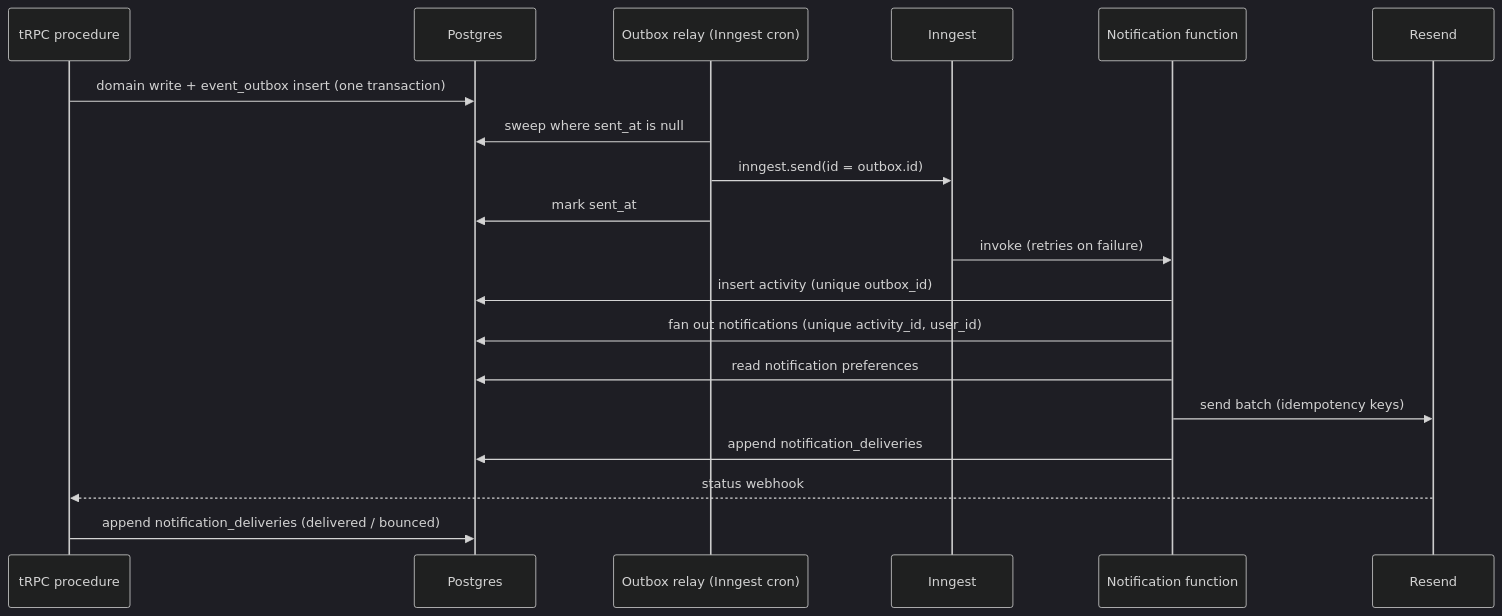
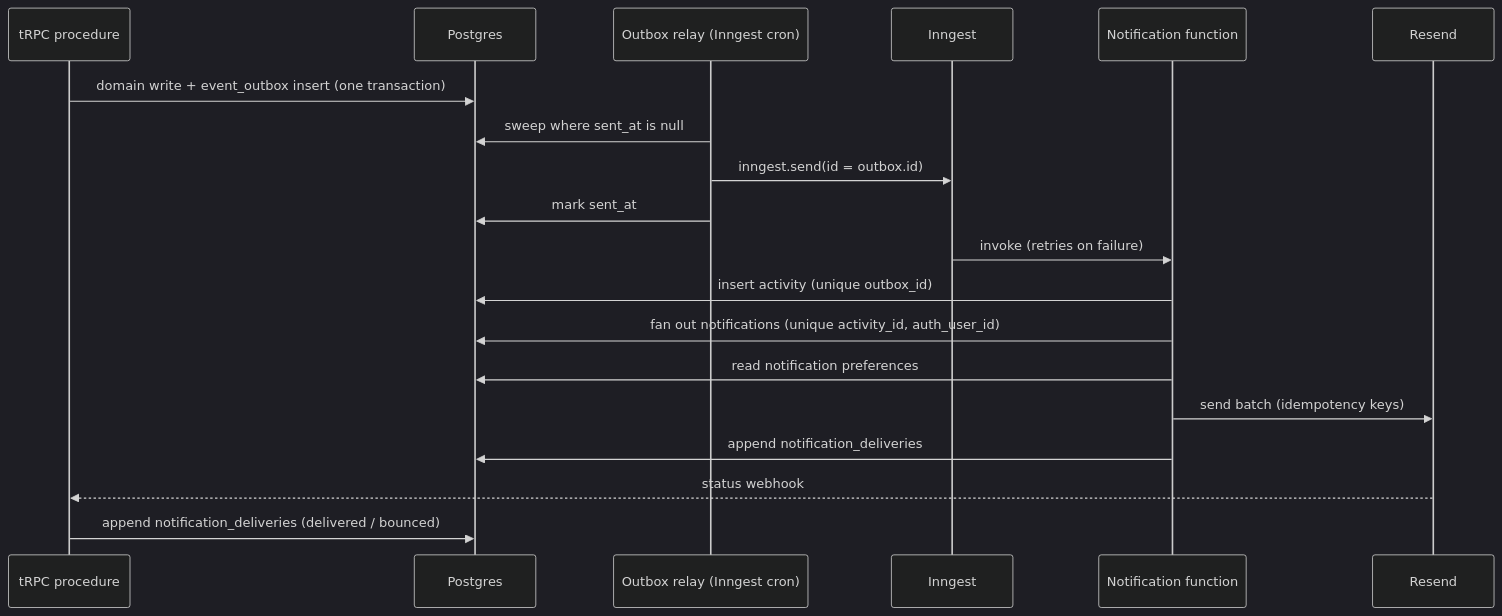
One commit to oneprojectorg/common changed the second of 2 diagrams in docs/adr/0023-store-notifications-behind-a-transactional-outbox.md. Above: the diagram before and after it, drawn with Mermaid (dark theme). The commit also changed other lines of this file and 5 other files, not shown here.

First line of the commit message:
refactor(db): apply the schema review feedback

````diff
--- a/docs/adr/0023-store-notifications-behind-a-transactional-outbox.md
+++ b/docs/adr/0023-store-notifications-behind-a-transactional-outbox.md
@@ -125,22 +125,22 @@
 ```mermaid
 sequenceDiagram
   participant API as tRPC procedure
   participant PG as Postgres
   participant Relay as Outbox relay (Inngest cron)
   participant IG as Inngest
   participant FN as Notification function
   participant RS as Resend
 
   API->>PG: domain write + event_outbox insert (one transaction)
   Relay->>PG: sweep where sent_at is null
   Relay->>IG: inngest.send(id = outbox.id)
   Relay->>PG: mark sent_at
   IG->>FN: invoke (retries on failure)
   FN->>PG: insert activity (unique outbox_id)
-  FN->>PG: fan out notifications (unique activity_id, user_id)
+  FN->>PG: fan out notifications (unique activity_id, auth_user_id)
   FN->>PG: read notification preferences
   FN->>RS: send batch (idempotency keys)
   FN->>PG: append notification_deliveries
   RS-->>API: status webhook
   API->>PG: append notification_deliveries (delivered / bounced)
 ```
````
